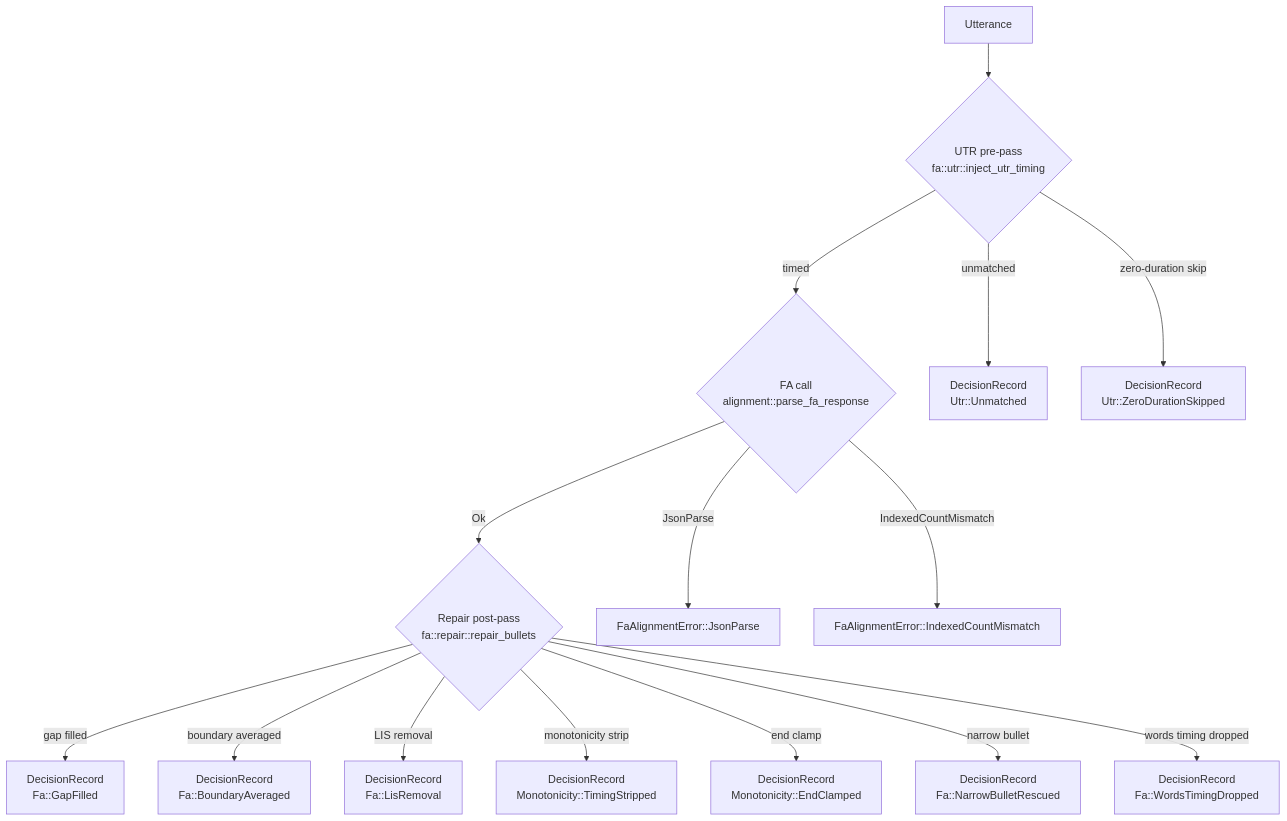
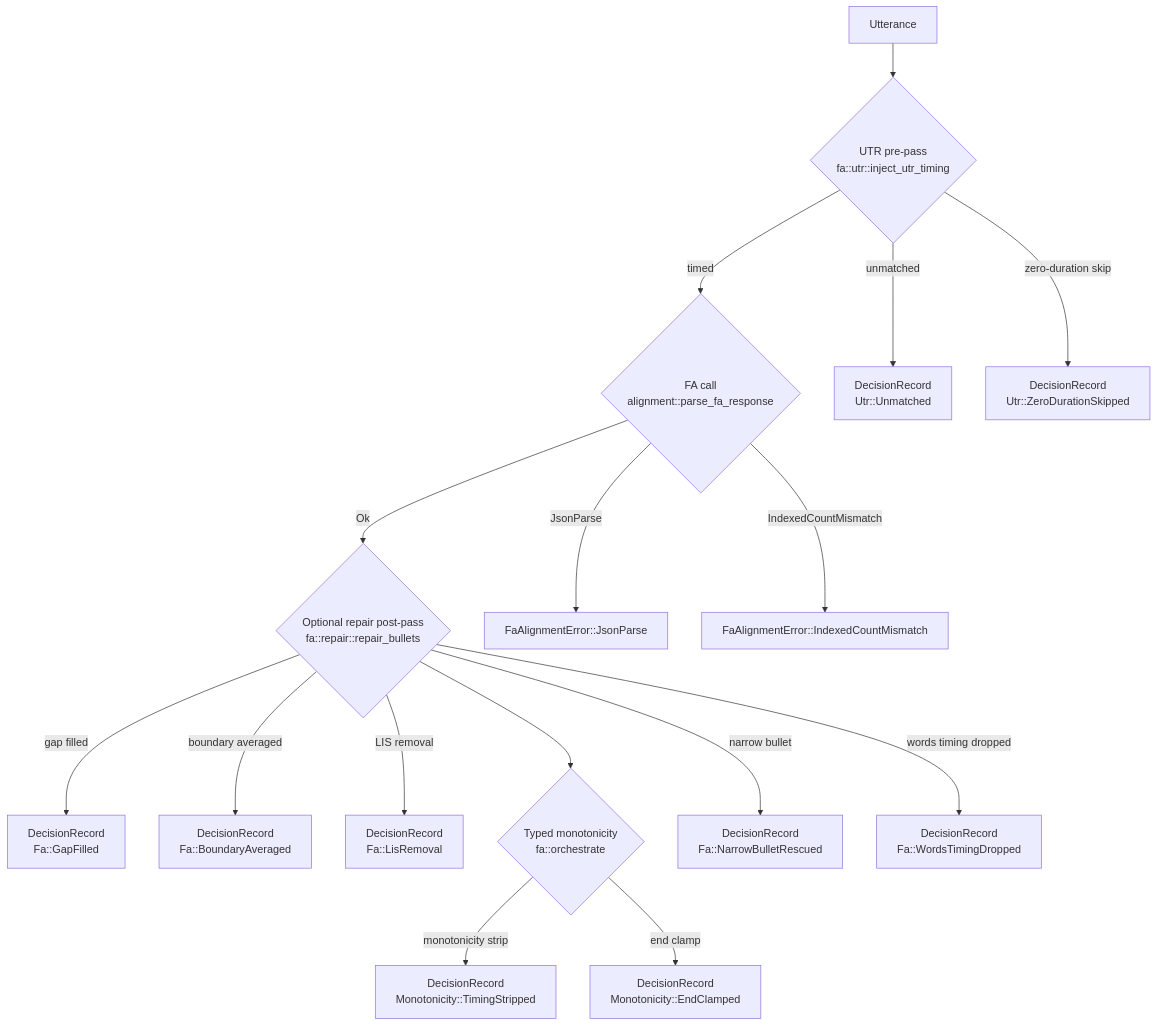
One commit to TalkBank/talkbank-tools changed the sixth of 9 diagrams in book/src/batchalign/architecture/pipeline-decisions.md. Above: the diagram before and after it, drawn with Mermaid. The commit also changed other lines of this file and 84 other files, not shown here.

````diff
--- a/book/src/batchalign/architecture/pipeline-decisions.md
+++ b/book/src/batchalign/architecture/pipeline-decisions.md
@@ -260,20 +260,21 @@
 ```mermaid
 flowchart TD
     U["Utterance"] --> UTR
     UTR{"UTR pre-pass<br/>fa::utr::inject_utr_timing"}
     UTR -->|"timed"| FA
     UTR -->|"unmatched"| UD1["DecisionRecord<br/>Utr::Unmatched"]
     UTR -->|"zero-duration skip"| UD2["DecisionRecord<br/>Utr::ZeroDurationSkipped"]
     FA{"FA call<br/>alignment::parse_fa_response"}
     FA -->|"Ok"| Rep
     FA -->|"JsonParse"| FE1["FaAlignmentError::JsonParse"]
     FA -->|"IndexedCountMismatch"| FE2["FaAlignmentError::IndexedCountMismatch"]
-    Rep{"Repair post-pass<br/>fa::repair::repair_bullets"}
+    Rep{"Optional repair post-pass<br/>fa::repair::repair_bullets"}
     Rep -->|"gap filled"| FD1["DecisionRecord<br/>Fa::GapFilled"]
     Rep -->|"boundary averaged"| FD2["DecisionRecord<br/>Fa::BoundaryAveraged"]
     Rep -->|"LIS removal"| FD3["DecisionRecord<br/>Fa::LisRemoval"]
-    Rep -->|"monotonicity strip"| FD4["DecisionRecord<br/>Monotonicity::TimingStripped"]
-    Rep -->|"end clamp"| FD5["DecisionRecord<br/>Monotonicity::EndClamped"]
+    Rep --> Mono{"Typed monotonicity<br/>fa::orchestrate"}
+    Mono -->|"monotonicity strip"| FD4["DecisionRecord<br/>Monotonicity::TimingStripped"]
+    Mono -->|"end clamp"| FD5["DecisionRecord<br/>Monotonicity::EndClamped"]
     Rep -->|"narrow bullet"| FD6["DecisionRecord<br/>Fa::NarrowBulletRescued"]
     Rep -->|"words timing dropped"| FD7["DecisionRecord<br/>Fa::WordsTimingDropped"]
 ```
````
